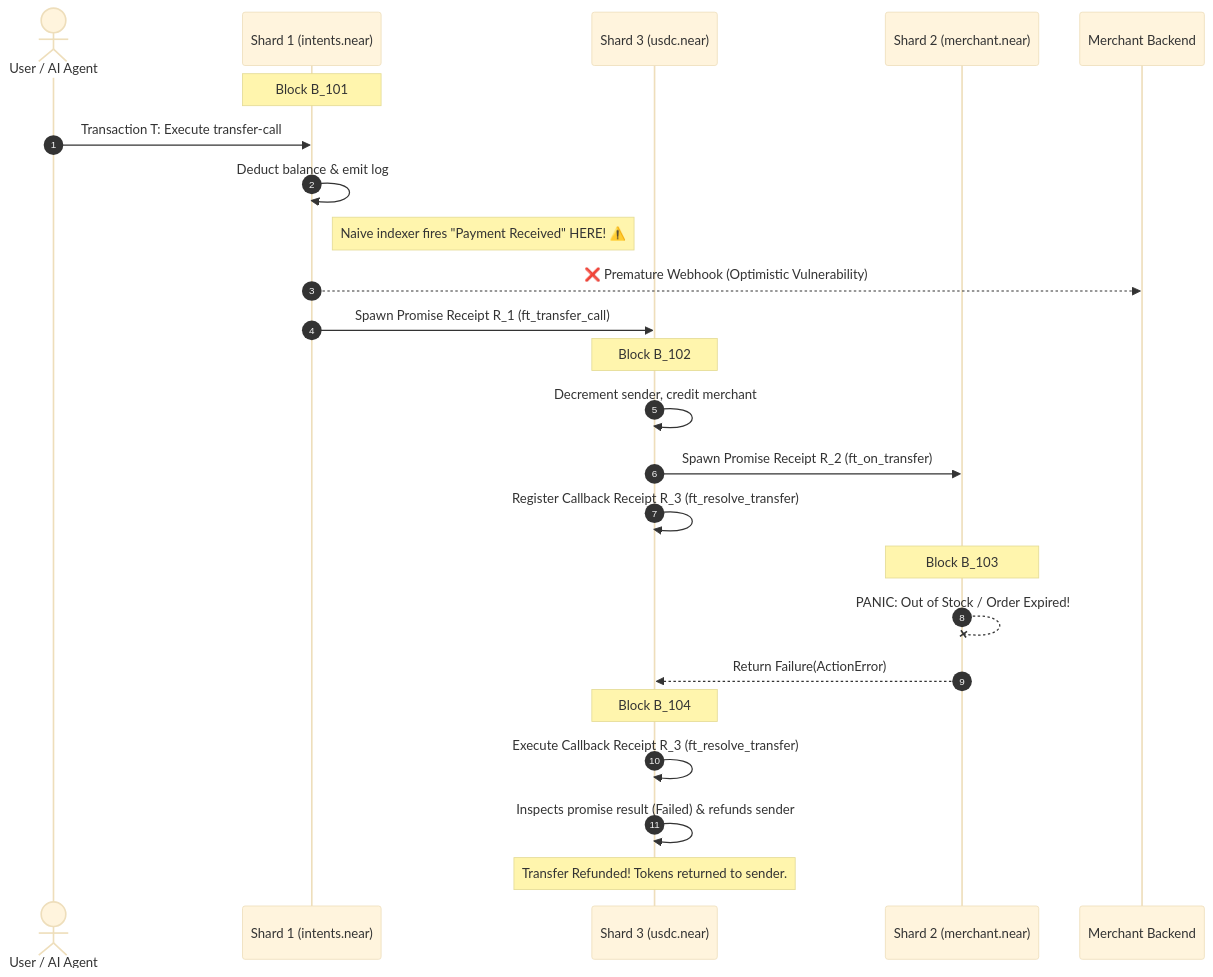
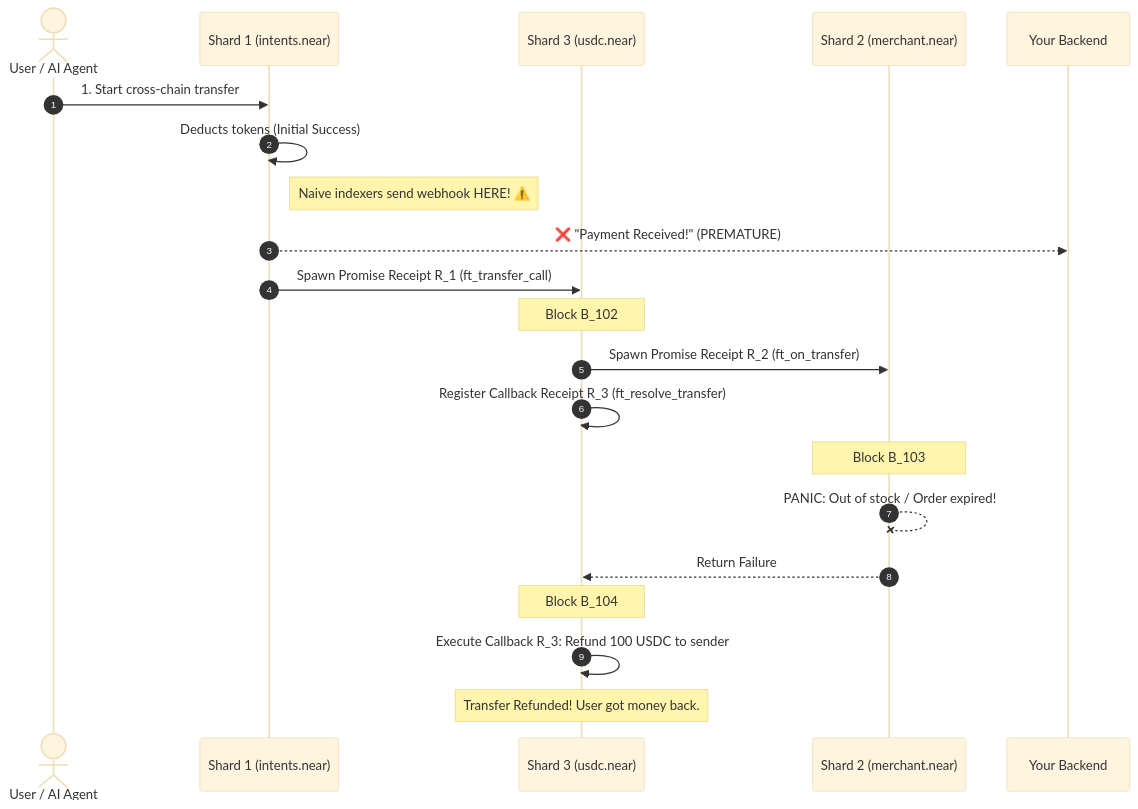
One commit to Team-Managed/NEARHook changed the second of 6 diagrams in whitepaper.md. Above: the diagram before and after it, drawn with Mermaid (base theme). The commit also changed other lines of this file, not shown here.

Commit message:
docs: clarify receipt stitching, omnichain ingress, and zero-config tunneling in whitepaper

````diff
--- a/whitepaper.md
+++ b/whitepaper.md
@@ -26,30 +65,27 @@
 ```mermaid
 sequenceDiagram
     autonumber
     actor User as User / AI Agent
     participant Shard1 as Shard 1 (intents.near)
     participant Shard3 as Shard 3 (usdc.near)
     participant Shard2 as Shard 2 (merchant.near)
-    participant Client as Merchant Backend
+    participant Backend as Your Backend
 
-    Note over Shard1: Block B_101
-    User->>Shard1: Transaction T: Execute transfer-call
-    Shard1->>Shard1: Deduct balance & emit log
-    Note right of Shard1: Naive indexer fires "Payment Received" HERE! ⚠️
-    Shard1-->>Client: ❌ Premature Webhook (Optimistic Vulnerability)
+    User->>Shard1: 1. Start cross-chain transfer
+    Shard1->>Shard1: Deducts tokens (Initial Success)
+    Note right of Shard1: Naive indexers send webhook HERE! ⚠️
+    Shard1-->>Backend: ❌ "Payment Received!" (PREMATURE)
     Shard1->>Shard3: Spawn Promise Receipt R_1 (ft_transfer_call)
 
     Note over Shard3: Block B_102
-    Shard3->>Shard3: Decrement sender, credit merchant
     Shard3->>Shard2: Spawn Promise Receipt R_2 (ft_on_transfer)
     Shard3->>Shard3: Register Callback Receipt R_3 (ft_resolve_transfer)
 
     Note over Shard2: Block B_103
-    Shard2--xShard2: PANIC: Out of Stock / Order Expired!
-    Shard2-->>Shard3: Return Failure(ActionError)
+    Shard2--xShard2: PANIC: Out of stock / Order expired!
+    Shard2-->>Shard3: Return Failure
 
     Note over Shard3: Block B_104
-    Shard3->>Shard3: Execute Callback Receipt R_3 (ft_resolve_transfer)
-    Shard3->>Shard3: Inspects promise result (Failed) & refunds sender
-    Note over Shard3: Transfer Refunded! Tokens returned to sender.
+    Shard3->>Shard3: Execute Callback R_3: Refund 100 USDC to sender
+    Note over Shard3: Transfer Refunded! User got money back.
 ```
````
